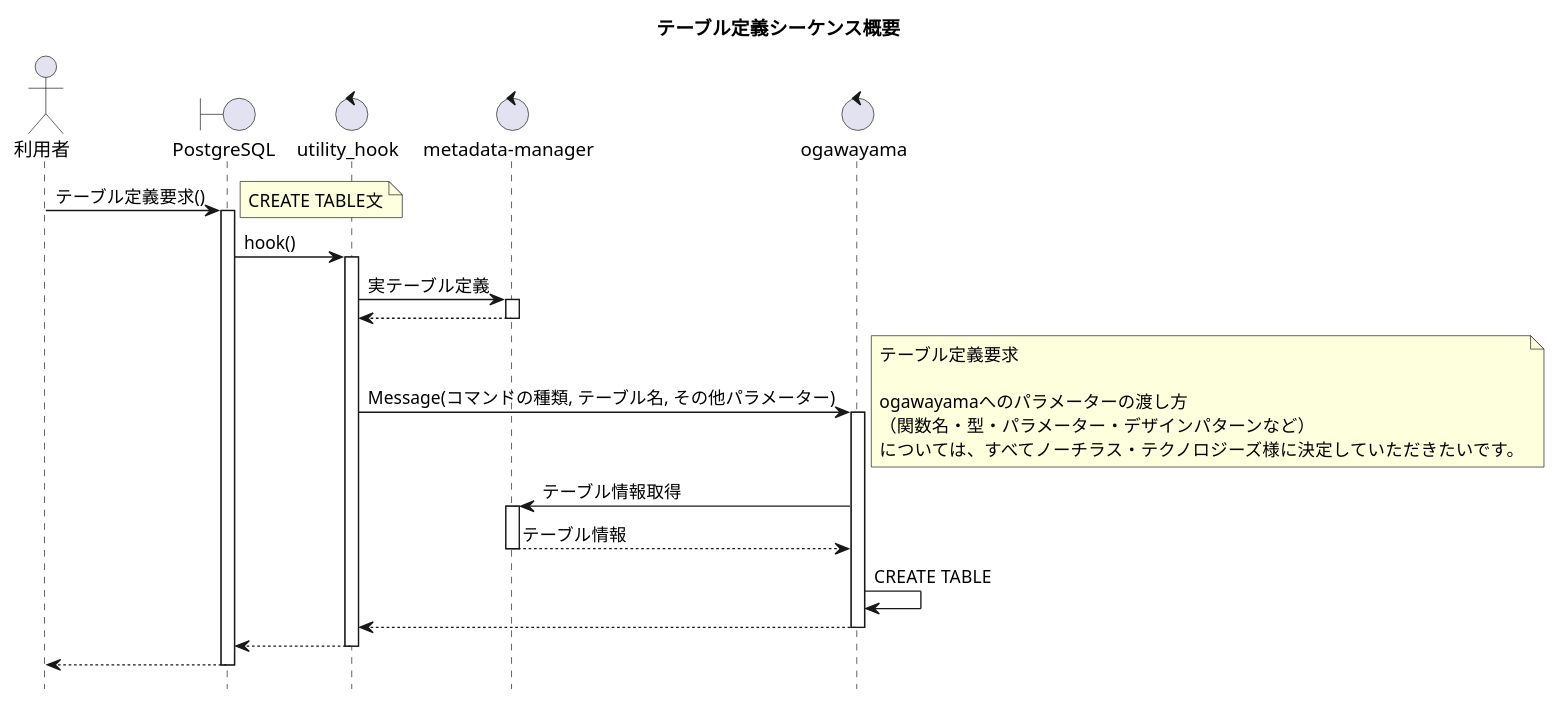
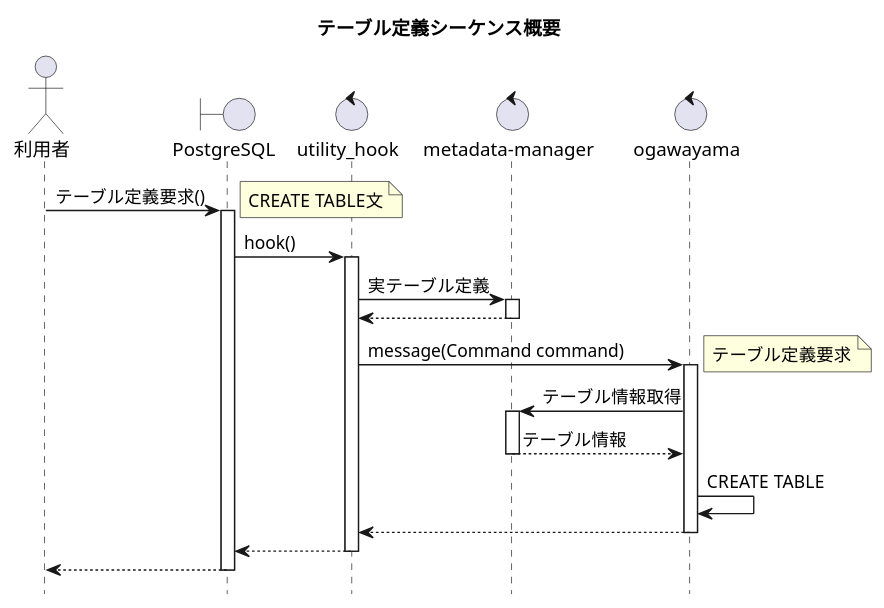
One commit to project-tsurugi/tsurugi_fdw changed the diagram in docs/design/img/CREATE_TABLE_overview.pu. Above: the diagram before and after it, drawn with PlantUML. The commit also changed 8 other files, not shown here.

Commit message:
Change a parameter message function to pass Command class

```diff
--- a/docs/design/img/CREATE_TABLE_overview.pu
+++ b/docs/design/img/CREATE_TABLE_overview.pu
@@ -1,51 +1,47 @@
 @startuml
 title テーブル定義シーケンス概要
 hide footbox
 
 actor 利用者
 boundary PostgreSQL
 control "utility_hook"
 control "metadata-manager"
 control ogawayama
 
 利用者 -> PostgreSQL : テーブル定義要求()
 activate PostgreSQL
 note right
 CREATE TABLE文
 end note
 
 PostgreSQL -> "utility_hook" : hook()
 activate "utility_hook"
 
 "utility_hook" -> "metadata-manager" : 実テーブル定義
 activate "metadata-manager"
 
 "metadata-manager" --> "utility_hook"
 deactivate "metadata-manager"
 
-"utility_hook" -> ogawayama : Message(コマンドの種類, テーブル名, その他パラメーター)
+"utility_hook" -> ogawayama : message(Command command)
 activate ogawayama
 note right
 テーブル定義要求
-
-ogawayamaへのパラメーターの渡し方
-（関数名・型・パラメーター・デザインパターンなど）
-については、すべてノーチラス・テクノロジーズ様に決定していただきたいです。
 end note
 
 ogawayama -> "metadata-manager" : テーブル情報取得
 activate "metadata-manager"
 "metadata-manager" --> ogawayama : テーブル情報
 deactivate "metadata-manager"
 
 ogawayama -> ogawayama : CREATE TABLE
 ogawayama  --> "utility_hook"
 deactivate ogawayama
 
 "utility_hook" --> PostgreSQL
 deactivate "utility_hook"
 
 PostgreSQL --> 利用者
 deactivate PostgreSQL
 
 @enduml
```
